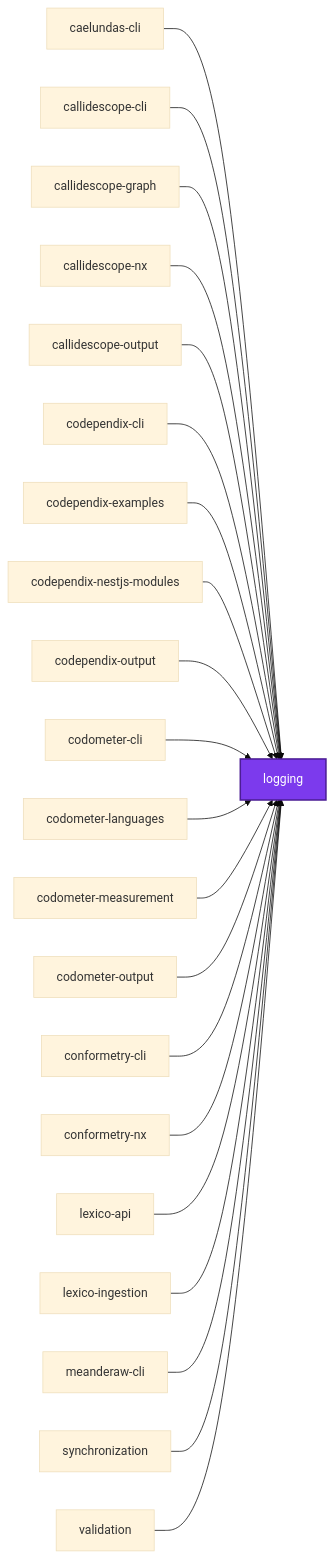
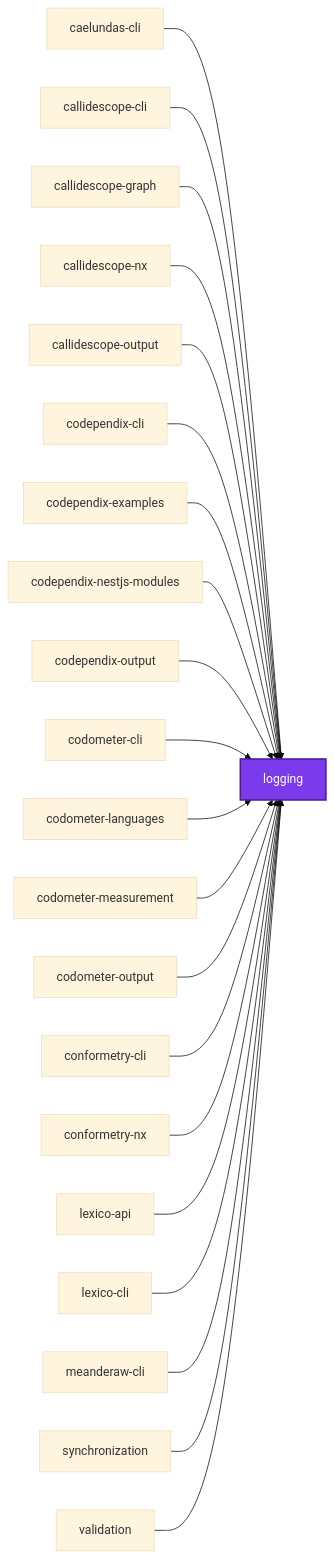
Before and after one commit to Organizzolini/codebase: the first of 3 diagrams in packages/logging/README.md, drawn with Mermaid (base theme). The commit also changed 1429 other files, not shown here.

Commit message:
refactor(lexico-cli): ♻️ rename lexico-ingestion to lexico-cli under the applications/lexico group

````diff
--- a/packages/logging/README.md
+++ b/packages/logging/README.md
@@ -136,46 +136,46 @@
 ```mermaid
 graph LR
   caelundas_cli["caelundas-cli"]
   callidescope_cli["callidescope-cli"]
   callidescope_graph["callidescope-graph"]
   callidescope_nx["callidescope-nx"]
   callidescope_output["callidescope-output"]
   codependix_cli["codependix-cli"]
   codependix_examples["codependix-examples"]
   codependix_nestjs_modules["codependix-nestjs-modules"]
   codependix_output["codependix-output"]
   codometer_cli["codometer-cli"]
   codometer_languages["codometer-languages"]
   codometer_measurement["codometer-measurement"]
   codometer_output["codometer-output"]
   conformetry_cli["conformetry-cli"]
   conformetry_nx["conformetry-nx"]
   lexico_api["lexico-api"]
-  lexico_ingestion["lexico-ingestion"]
+  lexico_cli["lexico-cli"]
   logging["logging"]
   meanderaw_cli["meanderaw-cli"]
   synchronization["synchronization"]
   validation["validation"]
   caelundas_cli --> logging
   callidescope_cli --> logging
   callidescope_graph --> logging
   callidescope_nx --> logging
   callidescope_output --> logging
   codependix_cli --> logging
   codependix_examples --> logging
   codependix_nestjs_modules --> logging
   codependix_output --> logging
   codometer_cli --> logging
   codometer_languages --> logging
   codometer_measurement --> logging
   codometer_output --> logging
   conformetry_cli --> logging
   conformetry_nx --> logging
   lexico_api --> logging
-  lexico_ingestion --> logging
+  lexico_cli --> logging
   meanderaw_cli --> logging
   synchronization --> logging
   validation --> logging
   classDef subject fill:#7c3aed,color:#fff,stroke:#4c1d95,stroke-width:2px
   class logging subject
 ```
````
